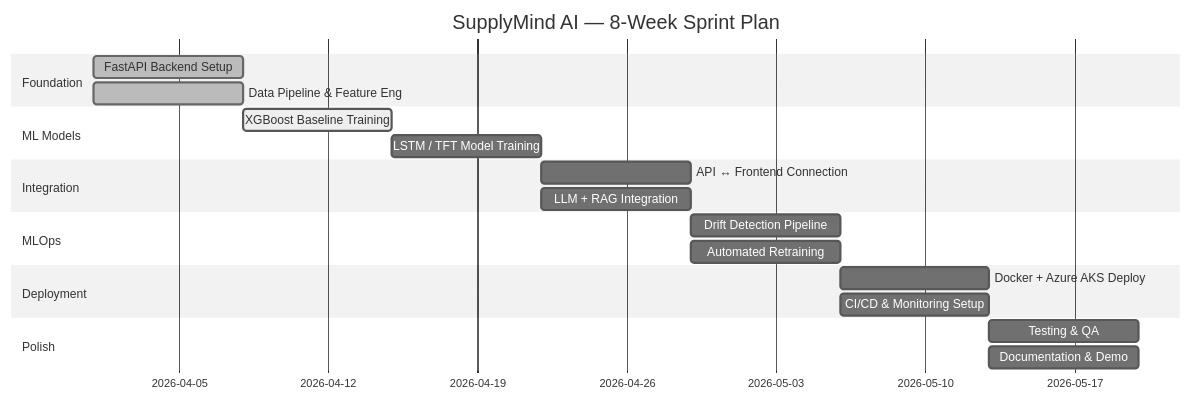
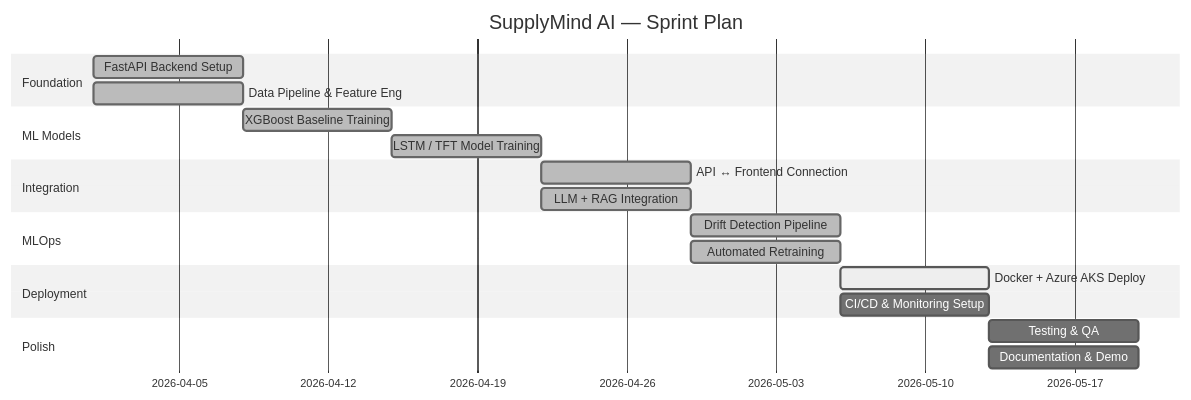
The fifth of 5 diagrams in README.md (IbrahimAbdelsattar/SupplyMindAI), drawn with Mermaid (neutral theme) before and after one commit. The commit also changed other lines of this file and 19 other files, not shown here.

Commit message:
Implement authentication flow, LangGraph-based AI copilot, and RAG-powered backend service integration with a new frontend dashboard.

````diff
--- a/README.md
+++ b/README.md
@@ -539,23 +676,23 @@
 ```mermaid
 gantt
-    title SupplyMind AI — 8-Week Sprint Plan
+    title SupplyMind AI — Sprint Plan
     dateFormat  YYYY-MM-DD
     section Foundation
     FastAPI Backend Setup        :done, 2026-04-01, 7d
     Data Pipeline & Feature Eng  :done, 2026-04-01, 7d
     section ML Models
-    XGBoost Baseline Training    :active, 2026-04-08, 7d
-    LSTM / TFT Model Training    :2026-04-15, 7d
+    XGBoost Baseline Training    :done, 2026-04-08, 7d
+    LSTM / TFT Model Training    :done, 2026-04-15, 7d
     section Integration
-    API ↔ Frontend Connection    :2026-04-22, 7d
-    LLM + RAG Integration        :2026-04-22, 7d
+    API ↔ Frontend Connection    :done, 2026-04-22, 7d
+    LLM + RAG Integration        :done, 2026-04-22, 7d
     section MLOps
-    Drift Detection Pipeline     :2026-04-29, 7d
-    Automated Retraining         :2026-04-29, 7d
+    Drift Detection Pipeline     :done, 2026-04-29, 7d
+    Automated Retraining         :done, 2026-04-29, 7d
     section Deployment
-    Docker + Azure AKS Deploy    :2026-05-06, 7d
+    Docker + Azure AKS Deploy    :active, 2026-05-06, 7d
     CI/CD & Monitoring Setup     :2026-05-06, 7d
     section Polish
     Testing & QA                 :2026-05-13, 7d
     Documentation & Demo         :2026-05-13, 7d
 ```
````
